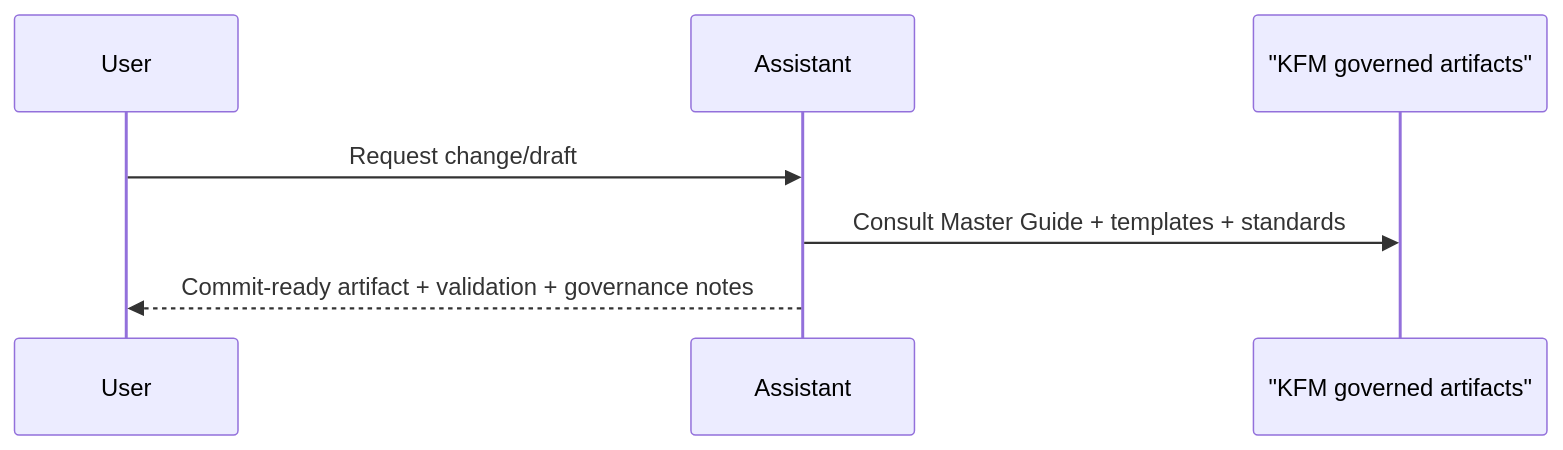
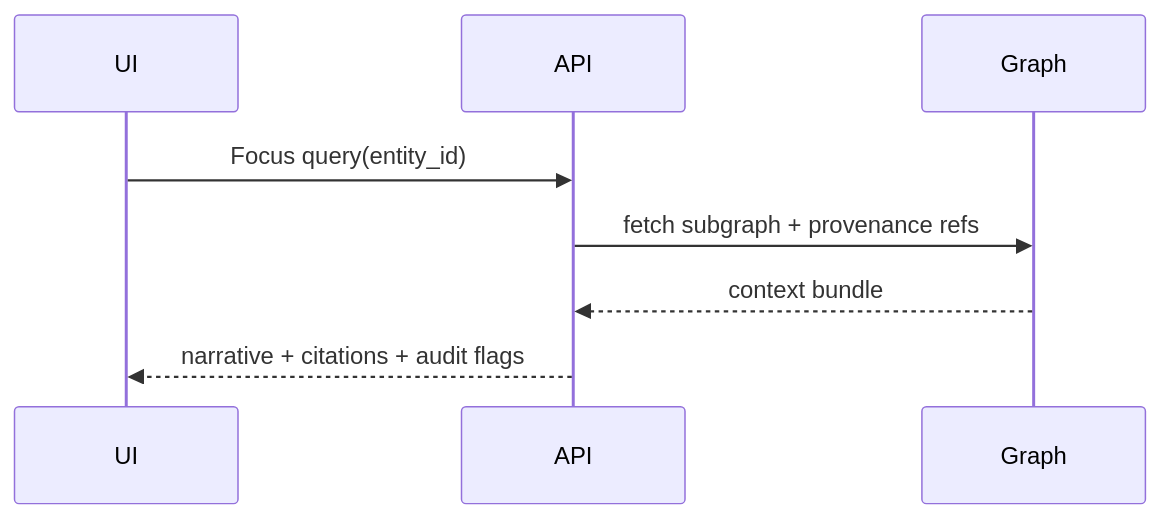
The second of 2 diagrams in docs/standards/KFM_ASSISTANT_WORK_PROTOCOL.md (bartytime4life/Kansas-Frontier-Matrix), drawn with Mermaid before and after one commit. The commit also changed other lines of this file, not shown here.

First line of the commit message:
Revise KFM Assistant Work Protocol to Markdown Protocol

```diff
--- a/docs/standards/KFM_ASSISTANT_WORK_PROTOCOL.md
+++ b/docs/standards/KFM_ASSISTANT_WORK_PROTOCOL.md
@@ -206,9 +306,10 @@
 ~~~mermaid
 sequenceDiagram
-  participant User
-  participant Assistant
-  participant Repo as "KFM governed artifacts"
-  User->>Assistant: Request change/draft
-  Assistant->>Repo: Consult Master Guide + templates + standards
-  Assistant-->>User: Commit-ready artifact + validation + governance notes
+  participant UI
+  participant API
+  participant Graph
+  UI->>API: Focus query(entity_id)
+  API->>Graph: fetch subgraph + provenance refs
+  Graph-->>API: context bundle
+  API-->>UI: narrative + citations + audit flags
 ~~~
```
